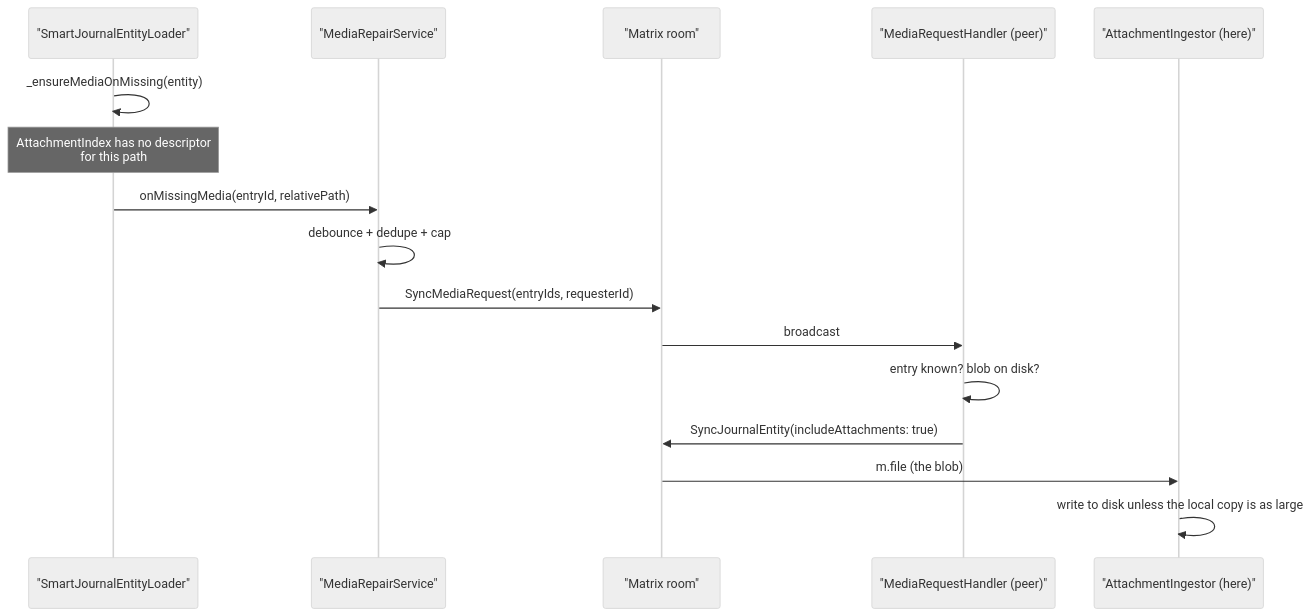
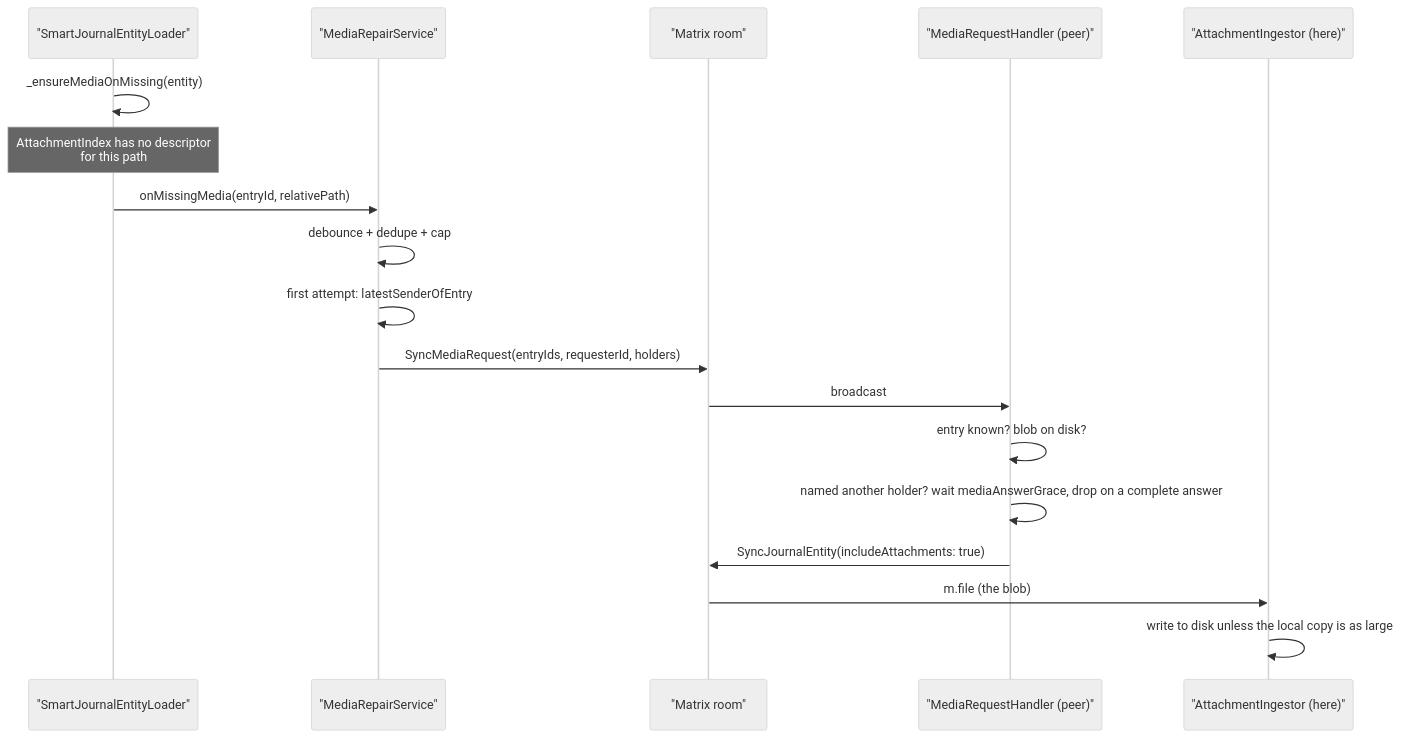
The second of 7 diagrams in knowledge/features/sync/send-path.md (matthiasn/lotti), drawn with Mermaid (neutral theme) before and after one commit. The commit also changed other lines of this file and 49 other files, not shown here.

Commit message:
fix(sync): crossing verifications, media answered once, short copies heal, nightly TLA+ finishes (#4773)

````diff
--- a/knowledge/features/sync/send-path.md
+++ b/knowledge/features/sync/send-path.md
@@ -146,19 +146,21 @@
 ```mermaid
 sequenceDiagram
   participant Loader as "SmartJournalEntityLoader"
   participant Repair as "MediaRepairService"
   participant Room as "Matrix room"
   participant Peer as "MediaRequestHandler (peer)"
   participant Ingest as "AttachmentIngestor (here)"
 
   Loader->>Loader: _ensureMediaOnMissing(entity)
   Note over Loader: AttachmentIndex has no descriptor<br/>for this path
   Loader->>Repair: onMissingMedia(entryId, relativePath)
   Repair->>Repair: debounce + dedupe + cap
-  Repair->>Room: SyncMediaRequest(entryIds, requesterId)
+  Repair->>Repair: first attempt: latestSenderOfEntry
+  Repair->>Room: SyncMediaRequest(entryIds, requesterId, holders)
   Room->>Peer: broadcast
   Peer->>Peer: entry known? blob on disk?
+  Peer->>Peer: named another holder? wait mediaAnswerGrace, drop on a complete answer
   Peer->>Room: SyncJournalEntity(includeAttachments: true)
   Room->>Ingest: m.file (the blob)
   Ingest->>Ingest: write to disk unless the local copy is as large
 ```
````
